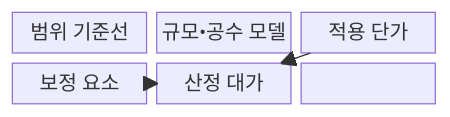
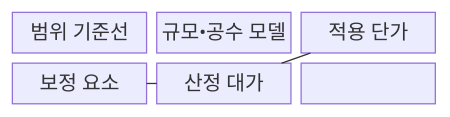
The first of 2 diagrams in src/content/docs/notes/03-software/075_software_cost_estimation.md (agnusdei1207/knowledge-base), drawn with Mermaid before and after one commit. The commit also changed other lines of this file and 493 other files, not shown here.

````diff
--- a/src/content/docs/notes/03-software/075_software_cost_estimation.md
+++ b/src/content/docs/notes/03-software/075_software_cost_estimation.md
@@ -69,12 +69,12 @@
 ```mermaid
-block
+block-beta
   columns 3
   S["범위 기준선"]
   M["규모•공수 모델"]
   R["적용 단가"]
   A["보정 요소"]
   C["산정 대가"]
-  S --> M --> C
-  R --> C
-  A --> C
+  S --- M --- C
+  R --- C
+  A --- C
 ```
````
